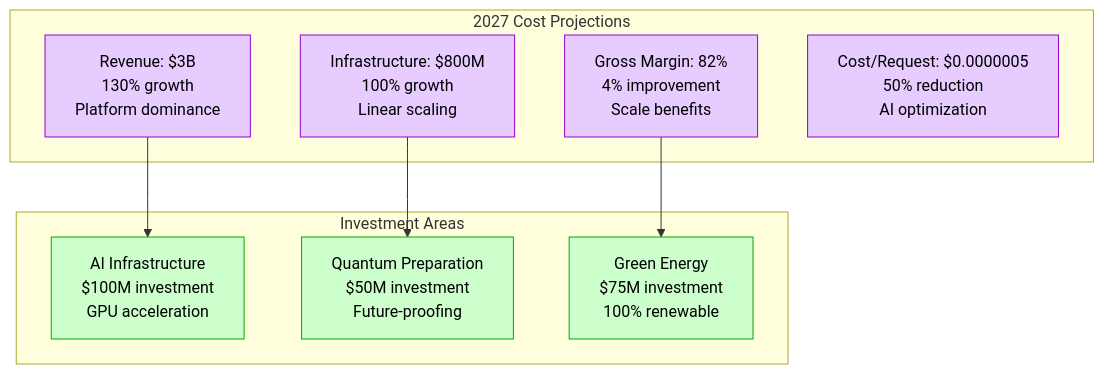
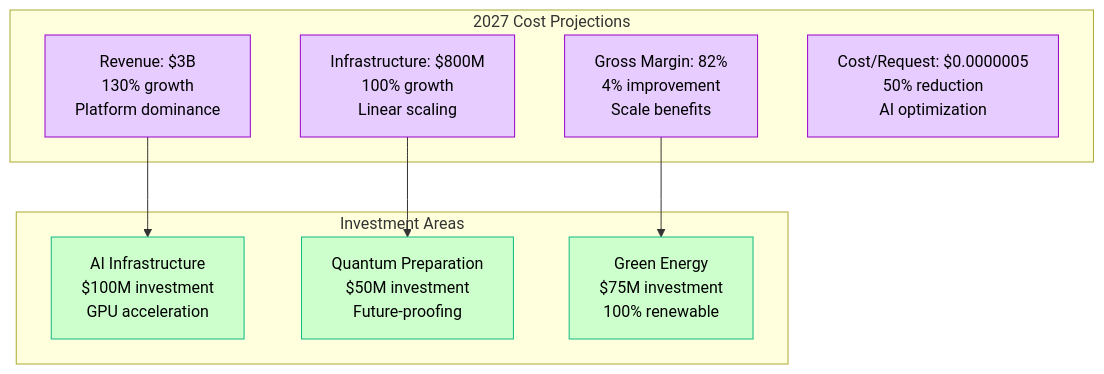
Before and after one commit to deepaucksharma/DS: the eighth of 8 diagrams in site/docs/systems/cloudflare/cost-breakdown.md, drawn with Mermaid. The commit also changed other lines of this file and 303 other files, not shown here.

````diff
--- a/site/docs/systems/cloudflare/cost-breakdown.md
+++ b/site/docs/systems/cloudflare/cost-breakdown.md
@@ -359,26 +359,26 @@
 ```mermaid
 graph TB
     subgraph "2027 Cost Projections"
         REVENUE_PROJ[Revenue: $3B<br/>130% growth<br/>Platform dominance]
         INFRA_PROJ[Infrastructure: $800M<br/>100% growth<br/>Linear scaling]
         MARGIN_PROJ[Gross Margin: 82%<br/>4% improvement<br/>Scale benefits]
         EFFICIENCY_PROJ[Cost/Request: $0.0000005<br/>50% reduction<br/>AI optimization]
     end
 
     subgraph "Investment Areas"
         AI_INFRA[AI Infrastructure<br/>$100M investment<br/>GPU acceleration]
         QUANTUM[Quantum Preparation<br/>$50M investment<br/>Future-proofing]
         SUSTAINABILITY[Green Energy<br/>$75M investment<br/>100% renewable]
     end
 
     REVENUE_PROJ --> AI_INFRA
     INFRA_PROJ --> QUANTUM
     MARGIN_PROJ --> SUSTAINABILITY
 
     %% Apply projection colors
     classDef projectionStyle fill:#E6CCFF,stroke:#9900CC,color:#000
-    classDef investmentStyle fill:#CCFFCC,stroke:#00AA00,color:#000
+    classDef investmentStyle fill:#CCFFCC,stroke:#10B981,color:#000
 
     class REVENUE_PROJ,INFRA_PROJ,MARGIN_PROJ,EFFICIENCY_PROJ projectionStyle
     class AI_INFRA,QUANTUM,SUSTAINABILITY investmentStyle
 ```
````
